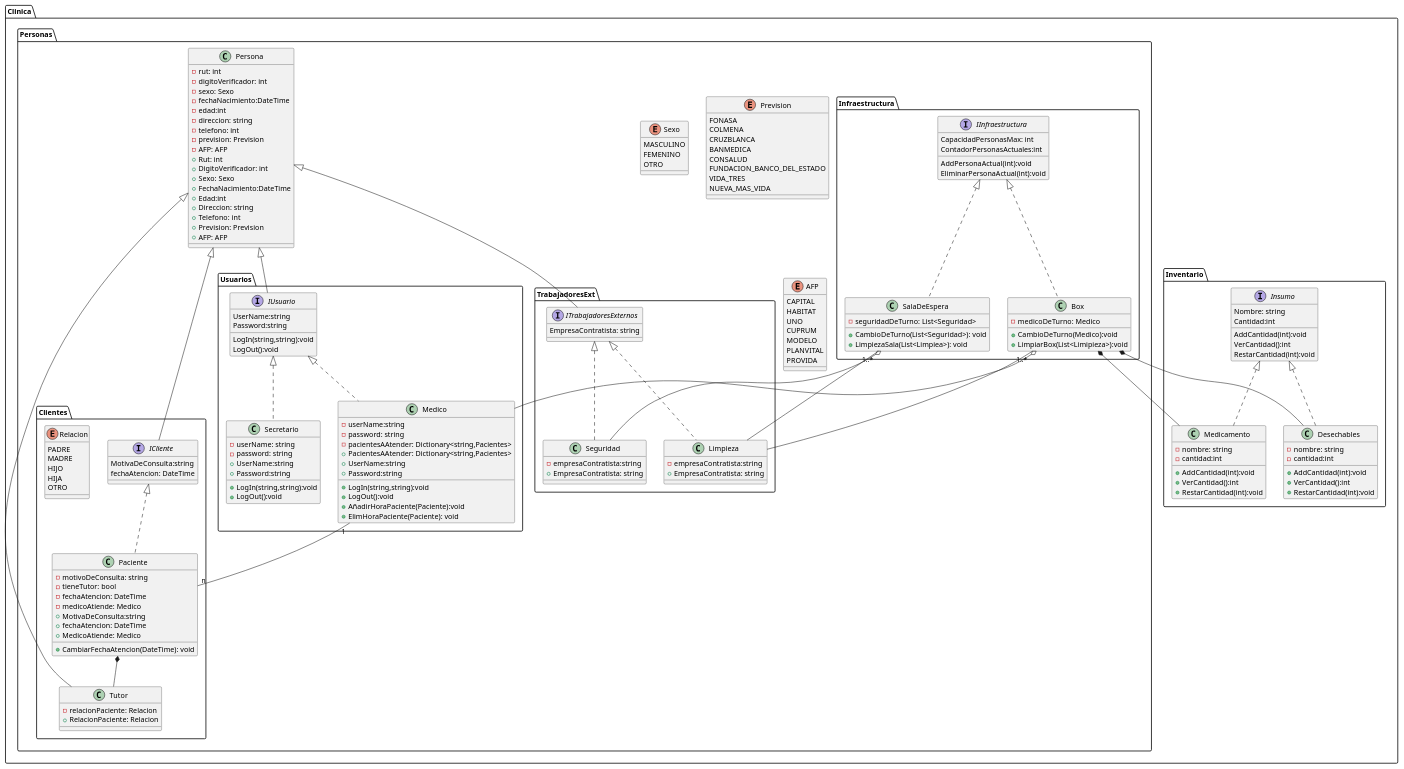
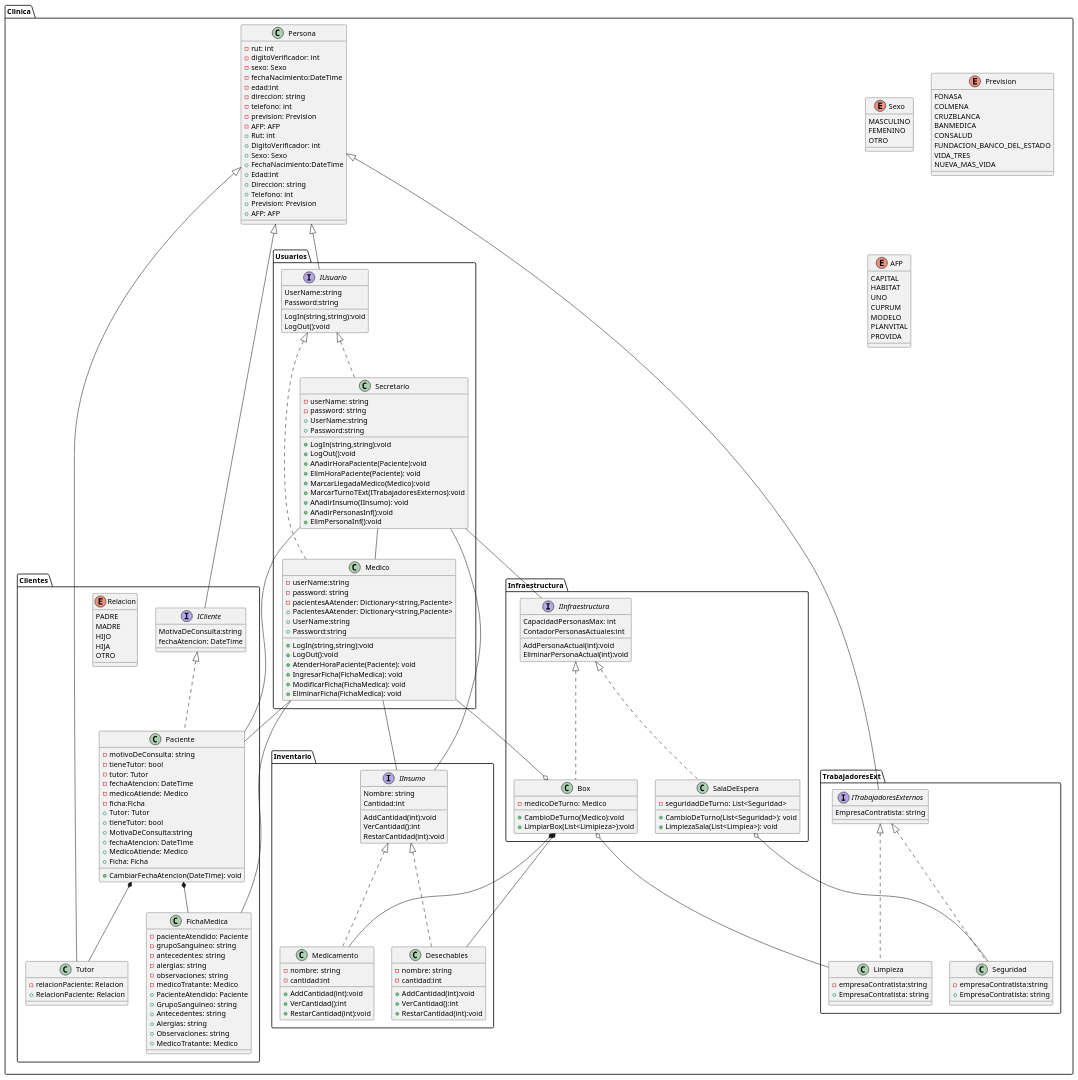
The diagram in consultorio.puml (ecadiz123/ProyectoAvaloniaProgra2), drawn with PlantUML before and after one commit. The commit also changed 7 other files, not shown here.

Commit message:
modificado el uml y añadidos algunos mockups

```diff
--- a/consultorio.puml
+++ b/consultorio.puml
@@ -6,7 +6,7 @@
     package Inventario
     {
 
-        interface Insumo {
+        interface IInsumo {
             Nombre: string
             Cantidad:int
             AddCantidad(int):void
@@ -28,8 +28,7 @@
             + RestarCantidad(int):void
         }
     }
-    package Personas
-    {
+    
 
     enum Sexo{
         MASCULINO
@@ -99,6 +98,22 @@
             MotivaDeConsulta:string
             fechaAtencion: DateTime
         }
+        class FichaMedica
+        {
+          - pacienteAtendido: Paciente
+          - grupoSanguineo: string
+          - antecedentes: string
+          - alergias: string
+          - observaciones: string
+          - medicoTratante: Medico
+          + PacienteAtendido: Paciente
+          + GrupoSanguineo: string
+          + Antecedentes: string
+          + Alergias: string
+          + Observaciones: string
+          + MedicoTratante: Medico
+          
+        }
 
         enum Relacion{
             PADRE
@@ -110,12 +125,17 @@
          class Paciente{
             - motivoDeConsulta: string
             - tieneTutor: bool
+            - tutor: Tutor
             - fechaAtencion: DateTime
             - medicoAtiende: Medico
+            - ficha:Ficha
             + CambiarFechaAtencion(DateTime): void
+            + Tutor: Tutor
+            + tieneTutor: bool
             + MotivaDeConsulta:string
             + fechaAtencion: DateTime
             + MedicoAtiende: Medico
+            + Ficha: Ficha
         }
         class Tutor{
             - relacionPaciente: Relacion
@@ -141,19 +161,29 @@
                 + LogOut():void
                 + UserName:string
                 + Password:string
+                + AñadirHoraPaciente(Paciente):void
+                + ElimHoraPaciente(Paciente): void
+                + MarcarLlegadaMedico(Medico):void
+                + MarcarTurnoTExt(ITrabajadoresExternos):void
+                + AñadirInsumo(IInsumo): void
+                'Preguntar al profe sobre quien deberia tener metodo de añadir a infraestructura, si la inf o el que hace la cuenta de las personas es decir el secretario
+                + AñadirPersonasInf():void
+                + ElimPersonaInf():void
             }
 
             class Medico{
                 - userName:string
                 - password: string
-                - pacientesAAtender: Dictionary<string,Pacientes>
-                + PacientesAAtender: Dictionary<string,Pacientes>
+                - pacientesAAtender: Dictionary<string,Paciente>
+                + PacientesAAtender: Dictionary<string,Paciente>
                 + LogIn(string,string):void
                 + LogOut():void
                 + UserName:string
                 + Password:string
-                + AñadirHoraPaciente(Paciente):void
-                + ElimHoraPaciente(Paciente): void
+                + AtenderHoraPaciente(Paciente): void
+                + IngresarFicha(FichaMedica): void
+                + ModificarFicha(FichaMedica): void
+                + EliminarFicha(FichaMedica): void
             }
 
           
@@ -182,21 +212,28 @@
         'Relaciones
         'Herencias
         Persona<|-- Tutor
-       
+        
         'Composicion
         '(Se tienen en campo y no existen sin estar dentro de la clase)
         Paciente *-- Tutor
         Box *-- Medicamento
         Box *-- Desechables
+        Paciente *-- FichaMedica
         'Agregacion
         '(Se tienen en campo pero existen independiente)
         Box o-- Medico
         SalaDeEspera o-- Seguridad
+        Box  o-- Limpieza
+        
         'Asociacion
         '(Interactuan pero son independientes, ej: pueden estar en metodo de el objeto)
-        Box "1..*" -- Limpieza
-        SalaDeEspera "1..*"-- Limpieza
-        Medico "1"--"n" Paciente
+        Medico -- Paciente
+        Medico -- FichaMedica
+        Medico -- IInsumo
+        Secretario -- IInsumo
+        Secretario -- Paciente
+        Secretario -- Medico
+        Secretario -- IInfraestructura
         'Interfaces:
 
         'Herencias Interfaces
@@ -212,13 +249,13 @@
         'Interfaz Clientes
         ICliente <|.. Paciente
         'Interfaz Insumos
-        Insumo <|.. Medicamento
-        Insumo <|.. Desechables
+        IInsumo <|.. Medicamento
+        IInsumo <|.. Desechables
         'Interfaz Infraestructura
         IInfraestructura <|.. Box
         IInfraestructura <|.. SalaDeEspera
         
-    }
+    
     
 }
 @enduml
```
